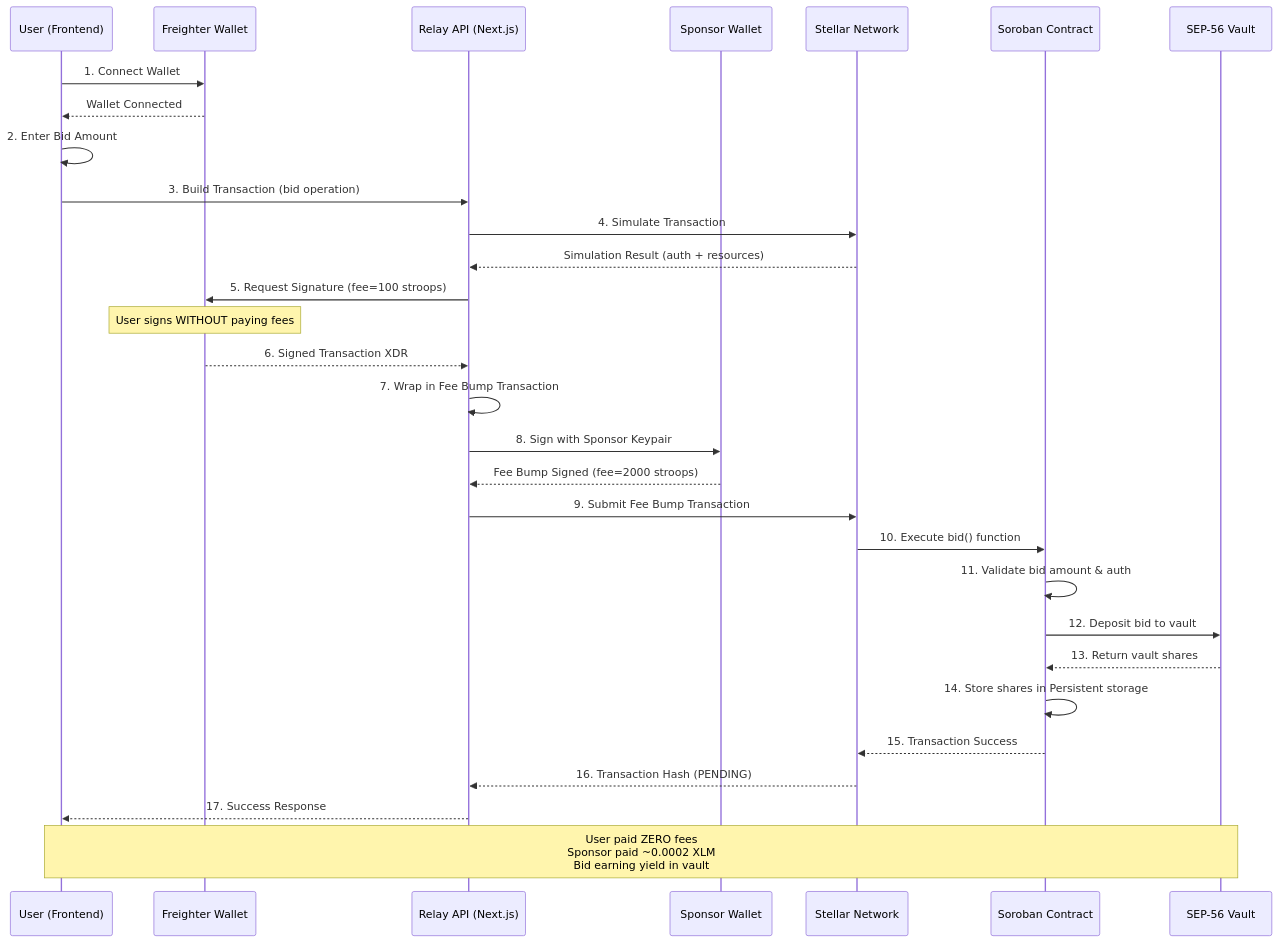
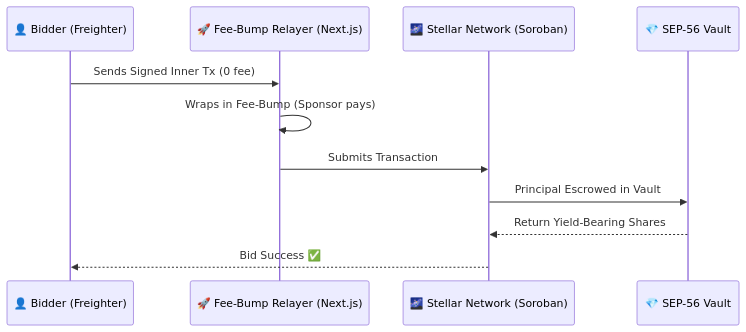
One commit to KB2410/BrewBid-Level5 changed the diagram in README.md. Above: the diagram before and after it, drawn with Mermaid. The commit also changed other lines of this file, not shown here.

````diff
--- a/README.md
+++ b/README.md
@@ -211,39 +61,14 @@
 ```mermaid
 sequenceDiagram
-    participant User as User (Frontend)
-    participant Freighter as Freighter Wallet
-    participant Relay as Relay API (Next.js)
-    participant Sponsor as Sponsor Wallet
-    participant Stellar as Stellar Network
-    participant Contract as Soroban Contract
-    participant Vault as SEP-56 Vault
+    participant User as 👤 Bidder (Freighter)
+    participant Relay as 🚀 Fee-Bump Relayer (Next.js)
+    participant Stellar as 🌌 Stellar Network (Soroban)
+    participant Vault as 💎 SEP-56 Vault
 
-    User->>Freighter: 1. Connect Wallet
-    Freighter-->>User: Wallet Connected
-    
-    User->>User: 2. Enter Bid Amount
-    User->>Relay: 3. Build Transaction (bid operation)
-    Relay->>Stellar: 4. Simulate Transaction
-    Stellar-->>Relay: Simulation Result (auth + resources)
-    
-    Relay->>Freighter: 5. Request Signature (fee=100 stroops)
-    Note over Freighter: User signs WITHOUT paying fees
-    Freighter-->>Relay: 6. Signed Transaction XDR
-    
-    Relay->>Relay: 7. Wrap in Fee Bump Transaction
-    Relay->>Sponsor: 8. Sign with Sponsor Keypair
-    Sponsor-->>Relay: Fee Bump Signed (fee=2000 stroops)
-    
-    Relay->>Stellar: 9. Submit Fee Bump Transaction
-    Stellar->>Contract: 10. Execute bid() function
-    Contract->>Contract: 11. Validate bid amount & auth
-    Contract->>Vault: 12. Deposit bid to vault
-    Vault-->>Contract: 13. Return vault shares
-    Contract->>Contract: 14. Store shares in Persistent storage
-    Contract-->>Stellar: 15. Transaction Success
-    
-    Stellar-->>Relay: 16. Transaction Hash (PENDING)
-    Relay-->>User: 17. Success Response
-    
-    Note over User,Vault: User paid ZERO fees<br/>Sponsor paid ~0.0002 XLM<br/>Bid earning yield in vault
+    User->>Relay: Sends Signed Inner Tx (0 fee)
+    Relay->>Relay: Wraps in Fee-Bump (Sponsor pays)
+    Relay->>Stellar: Submits Transaction
+    Stellar->>Vault: Principal Escrowed in Vault
+    Vault-->>Stellar: Return Yield-Bearing Shares
+    Stellar-->>User: Bid Success ✅
 ```
````
